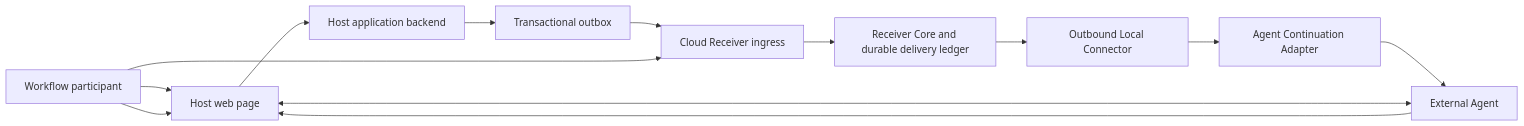
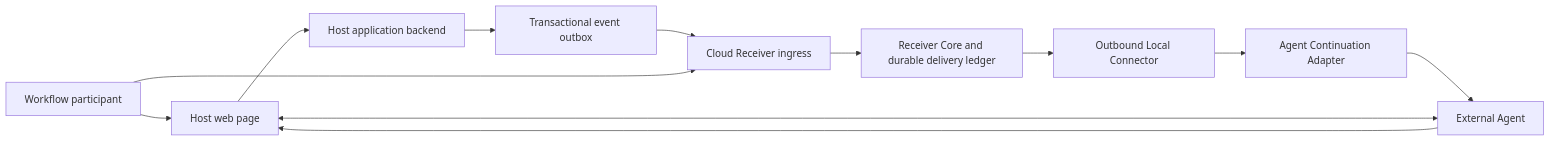
One commit to Alex0158/OpenAI-Web-MCP-Challenge changed the diagram in Docs/Core/03-system-design.md. Above: the diagram before and after it, drawn with Mermaid. The commit also changed other lines of this file and 26 other files, not shown here.

````diff
--- a/Docs/Core/03-system-design.md
+++ b/Docs/Core/03-system-design.md
@@ -57,15 +36,14 @@
-~~~mermaid
+```mermaid
 flowchart LR
     U["Workflow participant"] --> P["Host web page"]
     A["External Agent"] <--> P
     P --> B["Host application backend"]
-    B --> O["Transactional outbox"]
+    B --> O["Transactional event outbox"]
     O --> R["Cloud Receiver ingress"]
-    R --> D["Receiver Core and durable delivery ledger"]
-    D --> L["Outbound Local Connector"]
-    L --> C["Agent Continuation Adapter"]
-    C --> A
+    R --> C["Receiver Core and durable delivery ledger"]
+    C --> L["Outbound Local Connector"]
+    L --> D["Agent Continuation Adapter"]
+    D --> A
     A --> P
     U --> R
-    U --> P
-~~~
+```
````
